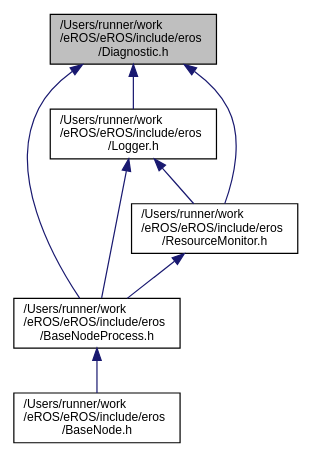
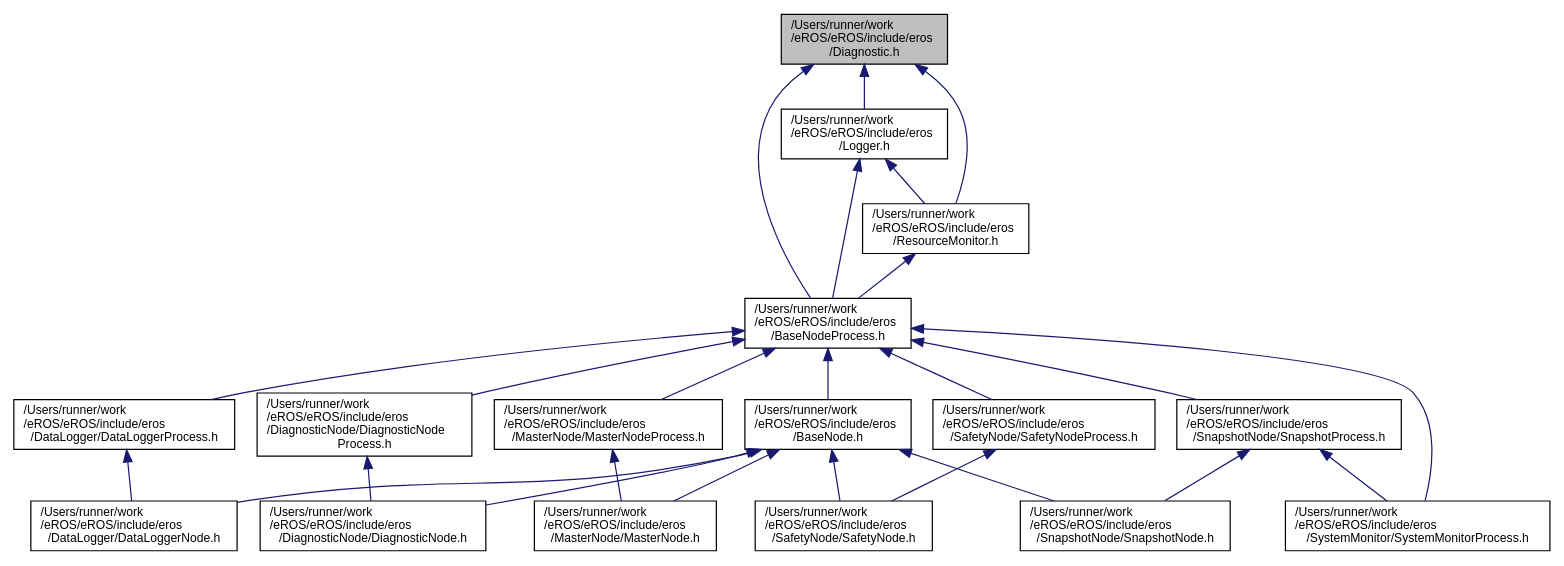
One commit to dgitz/eros changed the diagram in Diagnostic_8h__dep__incl.dot. Above: the diagram before and after it, drawn with Graphviz. The commit also changed 305 other files, not shown here.

```diff
--- a/Diagnostic_8h__dep__incl.dot
+++ b/Diagnostic_8h__dep__incl.dot
@@ -1,18 +1,46 @@
 digraph "/Users/runner/work/eROS/eROS/include/eros/Diagnostic.h"
 {
  // LATEX_PDF_SIZE
   edge [fontname="Helvetica",fontsize="10",labelfontname="Helvetica",labelfontsize="10"];
   node [fontname="Helvetica",fontsize="10",shape=record];
   Node1 [label="/Users/runner/work\l/eROS/eROS/include/eros\l/Diagnostic.h",height=0.2,width=0.4,color="black", fillcolor="grey75", style="filled", fontcolor="black",tooltip=" "];
   Node1 -> Node2 [dir="back",color="midnightblue",fontsize="10",style="solid",fontname="Helvetica"];
   Node2 [label="/Users/runner/work\l/eROS/eROS/include/eros\l/BaseNodeProcess.h",height=0.2,width=0.4,color="black", fillcolor="white", style="filled",URL="$BaseNodeProcess_8h.html",tooltip=" "];
   Node2 -> Node3 [dir="back",color="midnightblue",fontsize="10",style="solid",fontname="Helvetica"];
   Node3 [label="/Users/runner/work\l/eROS/eROS/include/eros\l/BaseNode.h",height=0.2,width=0.4,color="black", fillcolor="white", style="filled",URL="$BaseNode_8h.html",tooltip=" "];
-  Node1 -> Node4 [dir="back",color="midnightblue",fontsize="10",style="solid",fontname="Helvetica"];
-  Node4 [label="/Users/runner/work\l/eROS/eROS/include/eros\l/Logger.h",height=0.2,width=0.4,color="black", fillcolor="white", style="filled",URL="$Logger_8h.html",tooltip=" "];
-  Node4 -> Node2 [dir="back",color="midnightblue",fontsize="10",style="solid",fontname="Helvetica"];
-  Node4 -> Node5 [dir="back",color="midnightblue",fontsize="10",style="solid",fontname="Helvetica"];
-  Node5 [label="/Users/runner/work\l/eROS/eROS/include/eros\l/ResourceMonitor.h",height=0.2,width=0.4,color="black", fillcolor="white", style="filled",URL="$ResourceMonitor_8h.html",tooltip=" "];
-  Node5 -> Node2 [dir="back",color="midnightblue",fontsize="10",style="solid",fontname="Helvetica"];
-  Node1 -> Node5 [dir="back",color="midnightblue",fontsize="10",style="solid",fontname="Helvetica"];
+  Node3 -> Node4 [dir="back",color="midnightblue",fontsize="10",style="solid",fontname="Helvetica"];
+  Node4 [label="/Users/runner/work\l/eROS/eROS/include/eros\l/DataLogger/DataLoggerNode.h",height=0.2,width=0.4,color="black", fillcolor="white", style="filled",URL="$DataLoggerNode_8h.html",tooltip=" "];
+  Node3 -> Node5 [dir="back",color="midnightblue",fontsize="10",style="solid",fontname="Helvetica"];
+  Node5 [label="/Users/runner/work\l/eROS/eROS/include/eros\l/DiagnosticNode/DiagnosticNode.h",height=0.2,width=0.4,color="black", fillcolor="white", style="filled",URL="$DiagnosticNode_8h.html",tooltip=" "];
+  Node3 -> Node6 [dir="back",color="midnightblue",fontsize="10",style="solid",fontname="Helvetica"];
+  Node6 [label="/Users/runner/work\l/eROS/eROS/include/eros\l/MasterNode/MasterNode.h",height=0.2,width=0.4,color="black", fillcolor="white", style="filled",URL="$MasterNode_8h.html",tooltip=" "];
+  Node3 -> Node7 [dir="back",color="midnightblue",fontsize="10",style="solid",fontname="Helvetica"];
+  Node7 [label="/Users/runner/work\l/eROS/eROS/include/eros\l/SafetyNode/SafetyNode.h",height=0.2,width=0.4,color="black", fillcolor="white", style="filled",URL="$SafetyNode_8h.html",tooltip=" "];
+  Node3 -> Node8 [dir="back",color="midnightblue",fontsize="10",style="solid",fontname="Helvetica"];
+  Node8 [label="/Users/runner/work\l/eROS/eROS/include/eros\l/SnapshotNode/SnapshotNode.h",height=0.2,width=0.4,color="black", fillcolor="white", style="filled",URL="$SnapshotNode_8h.html",tooltip=" "];
+  Node2 -> Node9 [dir="back",color="midnightblue",fontsize="10",style="solid",fontname="Helvetica"];
+  Node9 [label="/Users/runner/work\l/eROS/eROS/include/eros\l/DataLogger/DataLoggerProcess.h",height=0.2,width=0.4,color="black", fillcolor="white", style="filled",URL="$DataLoggerProcess_8h.html",tooltip=" "];
+  Node9 -> Node4 [dir="back",color="midnightblue",fontsize="10",style="solid",fontname="Helvetica"];
+  Node2 -> Node10 [dir="back",color="midnightblue",fontsize="10",style="solid",fontname="Helvetica"];
+  Node10 [label="/Users/runner/work\l/eROS/eROS/include/eros\l/DiagnosticNode/DiagnosticNode\lProcess.h",height=0.2,width=0.4,color="black", fillcolor="white", style="filled",URL="$DiagnosticNodeProcess_8h.html",tooltip=" "];
+  Node10 -> Node5 [dir="back",color="midnightblue",fontsize="10",style="solid",fontname="Helvetica"];
+  Node2 -> Node11 [dir="back",color="midnightblue",fontsize="10",style="solid",fontname="Helvetica"];
+  Node11 [label="/Users/runner/work\l/eROS/eROS/include/eros\l/MasterNode/MasterNodeProcess.h",height=0.2,width=0.4,color="black", fillcolor="white", style="filled",URL="$MasterNodeProcess_8h.html",tooltip=" "];
+  Node11 -> Node6 [dir="back",color="midnightblue",fontsize="10",style="solid",fontname="Helvetica"];
+  Node2 -> Node12 [dir="back",color="midnightblue",fontsize="10",style="solid",fontname="Helvetica"];
+  Node12 [label="/Users/runner/work\l/eROS/eROS/include/eros\l/SafetyNode/SafetyNodeProcess.h",height=0.2,width=0.4,color="black", fillcolor="white", style="filled",URL="$SafetyNodeProcess_8h.html",tooltip=" "];
+  Node12 -> Node7 [dir="back",color="midnightblue",fontsize="10",style="solid",fontname="Helvetica"];
+  Node2 -> Node13 [dir="back",color="midnightblue",fontsize="10",style="solid",fontname="Helvetica"];
+  Node13 [label="/Users/runner/work\l/eROS/eROS/include/eros\l/SnapshotNode/SnapshotProcess.h",height=0.2,width=0.4,color="black", fillcolor="white", style="filled",URL="$SnapshotProcess_8h.html",tooltip=" "];
+  Node13 -> Node8 [dir="back",color="midnightblue",fontsize="10",style="solid",fontname="Helvetica"];
+  Node13 -> Node14 [dir="back",color="midnightblue",fontsize="10",style="solid",fontname="Helvetica"];
+  Node14 [label="/Users/runner/work\l/eROS/eROS/include/eros\l/SystemMonitor/SystemMonitorProcess.h",height=0.2,width=0.4,color="black", fillcolor="white", style="filled",URL="$SystemMonitorProcess_8h.html",tooltip=" "];
+  Node2 -> Node14 [dir="back",color="midnightblue",fontsize="10",style="solid",fontname="Helvetica"];
+  Node1 -> Node15 [dir="back",color="midnightblue",fontsize="10",style="solid",fontname="Helvetica"];
+  Node15 [label="/Users/runner/work\l/eROS/eROS/include/eros\l/Logger.h",height=0.2,width=0.4,color="black", fillcolor="white", style="filled",URL="$Logger_8h.html",tooltip=" "];
+  Node15 -> Node2 [dir="back",color="midnightblue",fontsize="10",style="solid",fontname="Helvetica"];
+  Node15 -> Node16 [dir="back",color="midnightblue",fontsize="10",style="solid",fontname="Helvetica"];
+  Node16 [label="/Users/runner/work\l/eROS/eROS/include/eros\l/ResourceMonitor.h",height=0.2,width=0.4,color="black", fillcolor="white", style="filled",URL="$ResourceMonitor_8h.html",tooltip=" "];
+  Node16 -> Node2 [dir="back",color="midnightblue",fontsize="10",style="solid",fontname="Helvetica"];
+  Node1 -> Node16 [dir="back",color="midnightblue",fontsize="10",style="solid",fontname="Helvetica"];
 }
```
